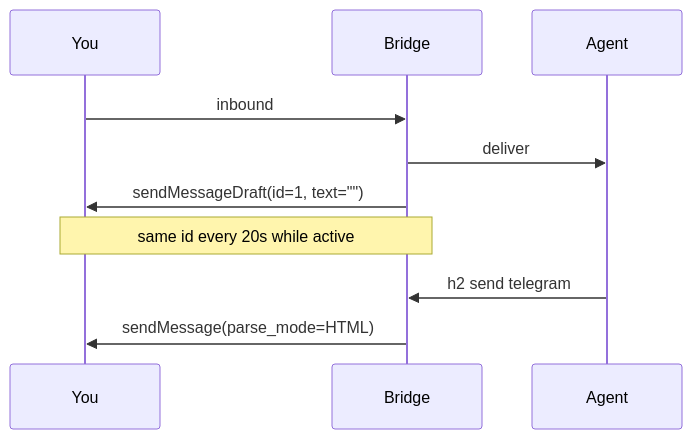
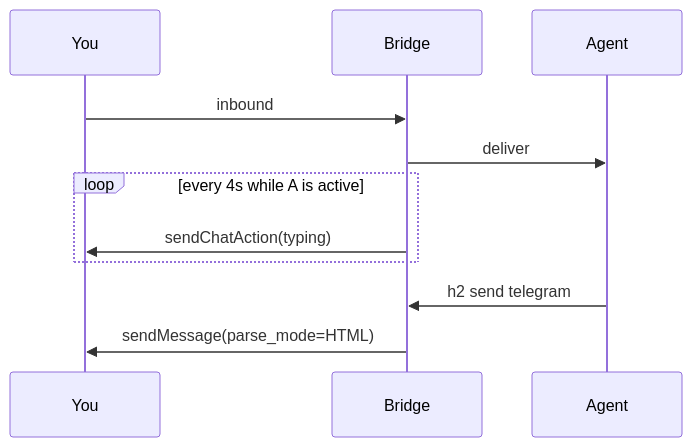
Before and after one commit to hegelstad/h2: the diagram in docs/design-telegram-chat-send.md, drawn with Mermaid. The commit also changed other lines of this file and 11 other files, not shown here.

First line of the commit message:
feat(telegram): drop drafts; restore sendChatAction typing

````diff
--- a/docs/design-telegram-chat-send.md
+++ b/docs/design-telegram-chat-send.md
@@ -15,13 +14,14 @@
 ```mermaid
 sequenceDiagram
   participant U as You
   participant B as Bridge
   participant A as Agent
 
   U->>B: inbound
   B->>A: deliver
-  B->>U: sendMessageDraft(id=1, text="")
-  Note over B,U: same id every 20s while active
+  loop every 4s while A is active
+    B->>U: sendChatAction(typing)
+  end
   A->>B: h2 send telegram
   B->>U: sendMessage(parse_mode=HTML)
 ```
````
